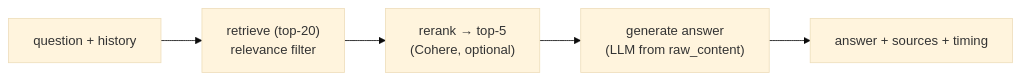
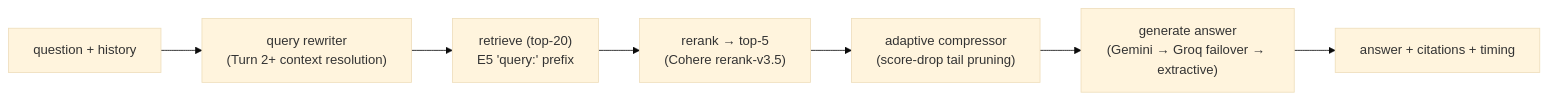
Before and after one commit to Harshvardhan0009/uniassist: the third of 4 diagrams in ARCHITECTURE.md, drawn with Mermaid (base theme). The commit also changed other lines of this file, not shown here.

First line of the commit message:
docs: reconcile ARCHITECTURE.md with promoted production system

````diff
--- a/ARCHITECTURE.md
+++ b/ARCHITECTURE.md
@@ -242,7 +240,9 @@
 ```mermaid
 flowchart LR
-    Q["question + history"] --> R["retrieve (top-20)<br/>relevance filter"]
-    R --> RR["rerank → top-5<br/>(Cohere, optional)"]
-    RR --> G["generate answer<br/>(LLM from raw_content)"]
-    G --> OUT["answer + sources + timing"]
+    Q["question + history"] --> RW["query rewriter<br/>(Turn 2+ context resolution)"]
+    RW --> R["retrieve (top-20)<br/>E5 'query:' prefix"]
+    R --> RR["rerank → top-5<br/>(Cohere rerank-v3.5)"]
+    RR --> CP["adaptive compressor<br/>(score-drop tail pruning)"]
+    CP --> G["generate answer<br/>(Gemini → Groq failover → extractive)"]
+    G --> OUT["answer + citations + timing"]
 ```
````
